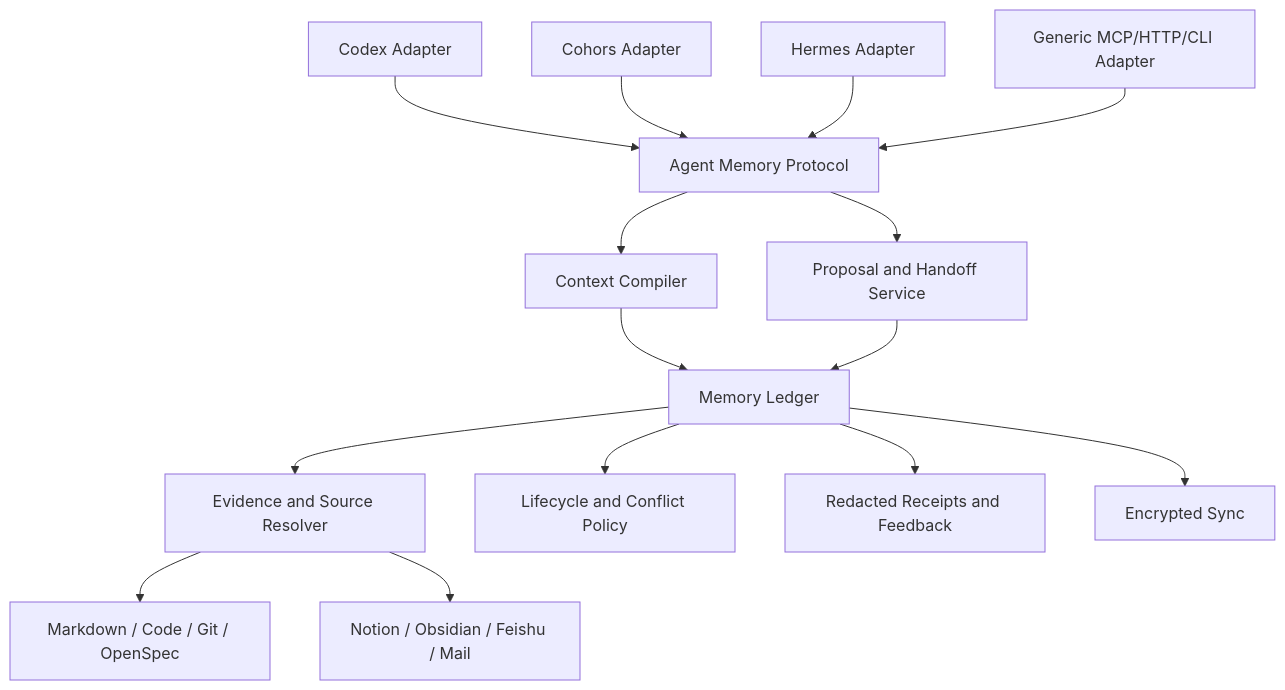
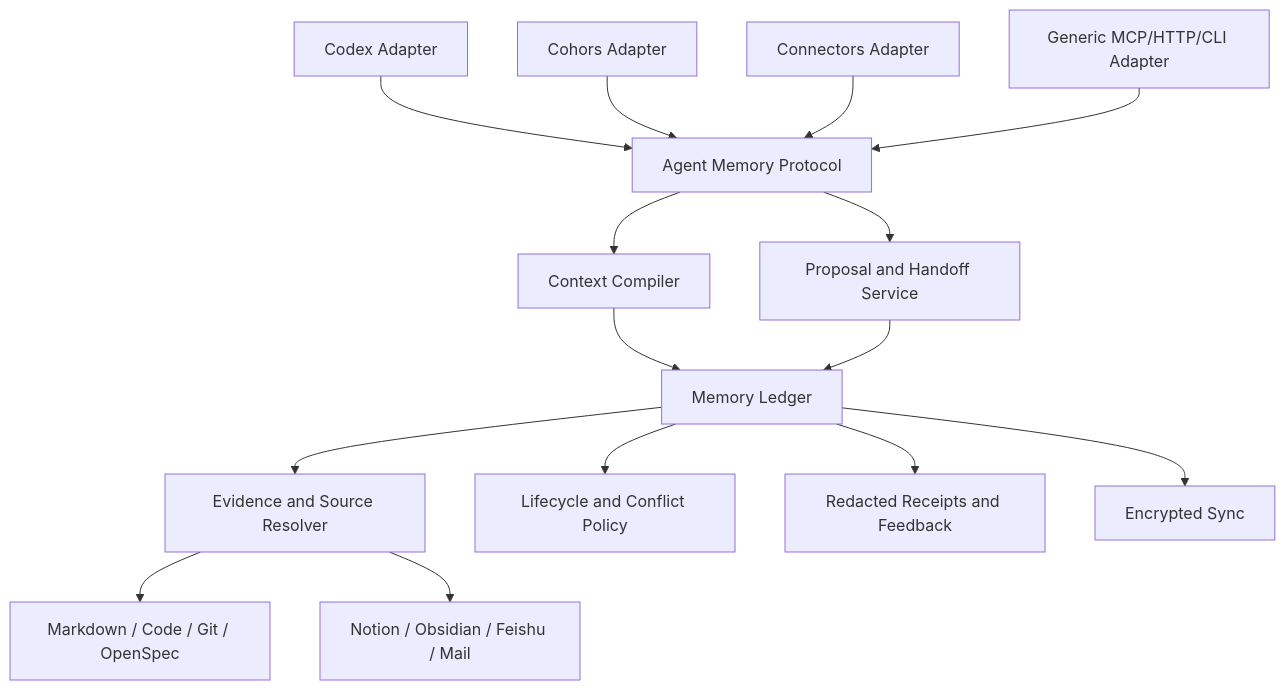
One commit to yeisme/pinax changed the first of 2 diagrams in docs/product/general-agent-memory-prd.md. Above: the diagram before and after it, drawn with Mermaid. The commit also changed other lines of this file and 115 other files, not shown here.

````diff
--- a/docs/product/general-agent-memory-prd.md
+++ b/docs/product/general-agent-memory-prd.md
@@ -82,21 +82,21 @@
 ```mermaid
 flowchart TD
   A1[Codex Adapter]
   A2[Cohors Adapter]
-  A3[Hermes Adapter]
+  A3[Connectors Adapter]
   A4[Generic MCP/HTTP/CLI Adapter]
   A1 --> P[Agent Memory Protocol]
   A2 --> P
   A3 --> P
   A4 --> P
   P --> C[Context Compiler]
   P --> W[Proposal and Handoff Service]
   C --> L[Memory Ledger]
   W --> L
   L --> E[Evidence and Source Resolver]
   E --> S1[Markdown / Code / Git / OpenSpec]
   E --> S2[Notion / Obsidian / Feishu / Mail]
   L --> Y[Lifecycle and Conflict Policy]
   L --> R[Redacted Receipts and Feedback]
   L --> X[Encrypted Sync]
 ```
````
